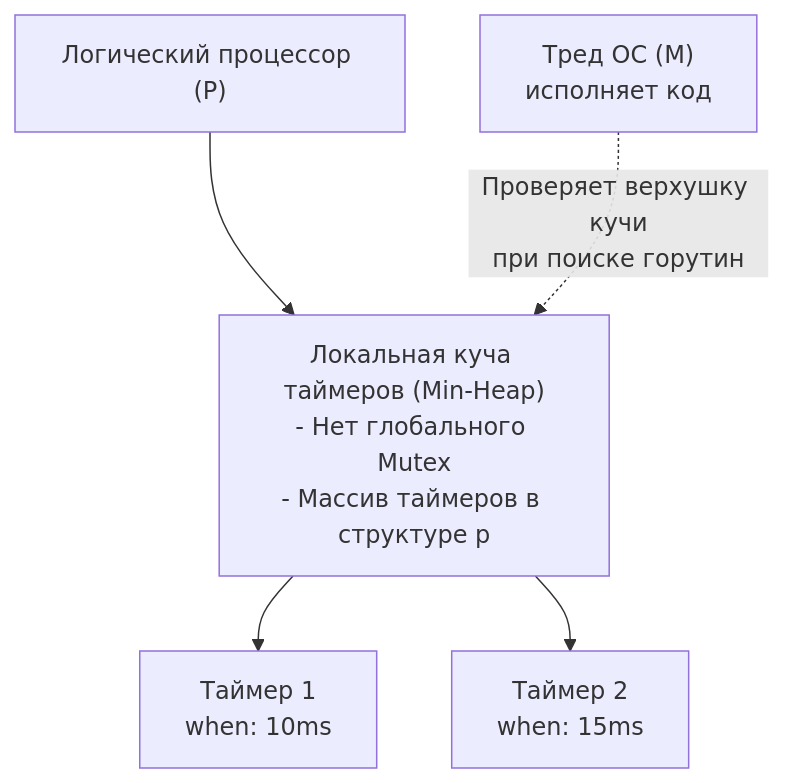
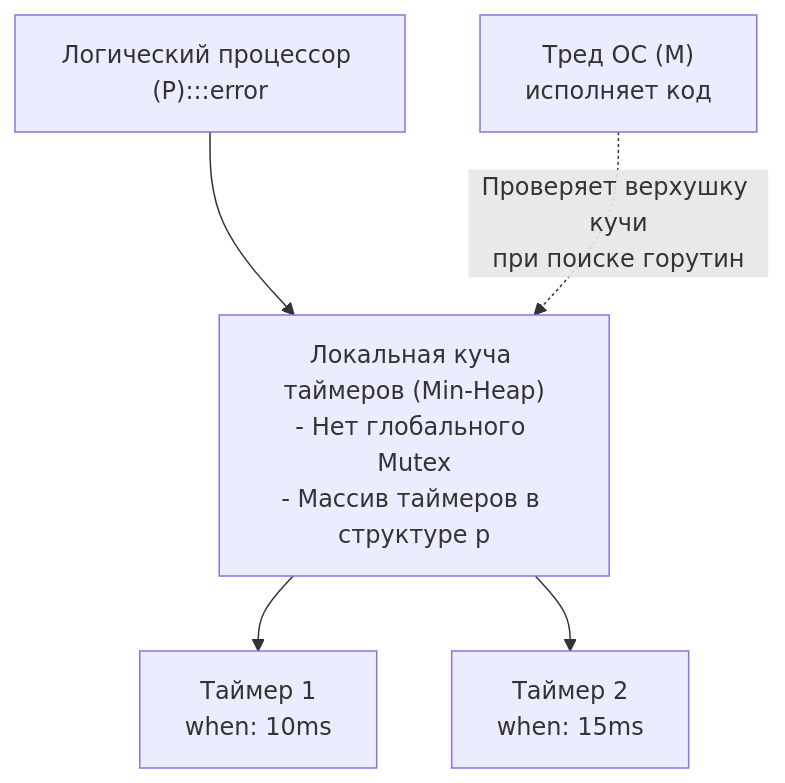
One commit to UnrealTemplier/go-textbook changed the diagram in sources/5. Учебник по Go (Основы и синтаксис)/31. Время и даты. time.Time, Duration, Timer, Ticker.md. Above: the diagram before and after it, drawn with Mermaid. The commit also changed 1666 other files, not shown here.

First line of the commit message:
feat(mermaid): add semantic color classDef to 1369 colorless flowchart/graph diagrams

````diff
--- a/sources/5. Учебник по Go (Основы и синтаксис)/31. Время и даты. time.Time, Duration, Timer, Ticker.md
+++ b/sources/5. Учебник по Go (Основы и синтаксис)/31. Время и даты. time.Time, Duration, Timer, Ticker.md
@@ -267,7 +267,17 @@
 ```mermaid
 graph TD
-    P["Логический процессор (P)"] --> TQ["Локальная куча таймеров (Min-Heap)<br/>- Нет глобального Mutex<br/>- Массив таймеров в структуре p"]
+    classDef process  fill:#1e293b,stroke:#38bdf8,stroke-width:1px,color:#f8fafc
+    classDef success  fill:#064e3b,stroke:#34d399,stroke-width:1px,color:#f8fafc
+    classDef error    fill:#7f1d1d,stroke:#f87171,stroke-width:1px,color:#f8fafc
+    classDef warning  fill:#78350f,stroke:#fbbf24,stroke-width:1px,color:#f8fafc
+    classDef entry    fill:#1e3a5f,stroke:#38bdf8,stroke-width:2px,color:#f8fafc
+    classDef aux      fill:#334155,stroke:#64748b,stroke-width:1px,color:#f8fafc
+    classDef system   fill:#312e81,stroke:#a78bfa,stroke-width:1px,color:#f8fafc
+    classDef data     fill:#132d29,stroke:#2dd4bf,stroke-width:1px,color:#f8fafc
+    classDef network  fill:#881337,stroke:#fb7185,stroke-width:1px,color:#f8fafc
+    classDef accent   fill:#1e1b4b,stroke:#818cf8,stroke-width:1px,color:#f8fafc
+    P["Логический процессор (P):::error"] --> TQ["Локальная куча таймеров (Min-Heap)<br/>- Нет глобального Mutex<br/>- Массив таймеров в структуре p"]
     TQ --> T1["Таймер 1<br/>when: 10ms"]
     TQ --> T2["Таймер 2<br/>when: 15ms"]
     M["Тред ОС (M)<br/>исполняет код"] -.->|"Проверяет верхушку кучи<br/>при поиске горутин"| TQ
 ```
````
